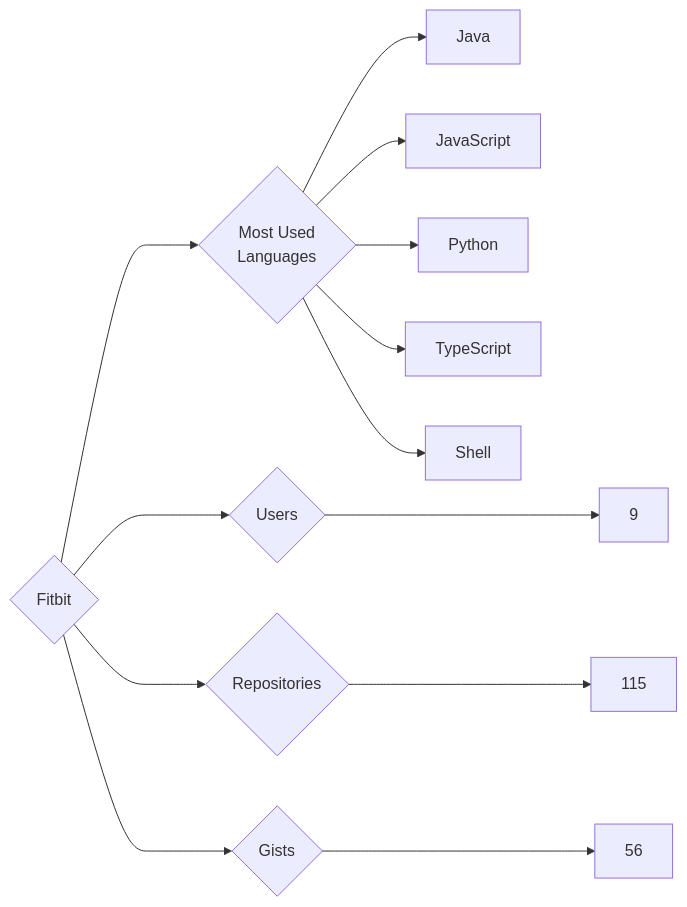
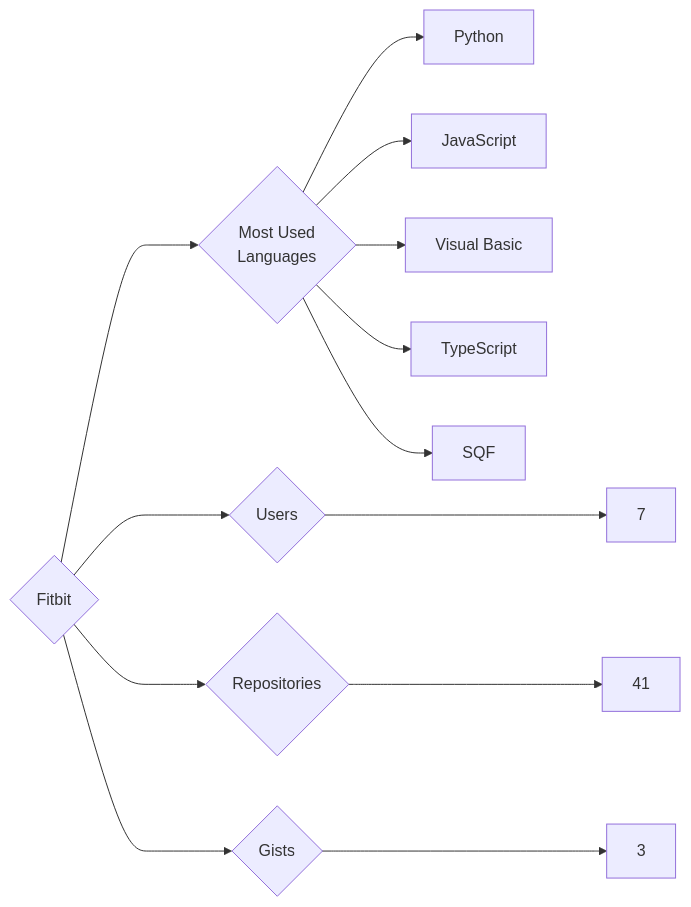
One commit to trickest/insiders changed the diagram in targets/Fitbit/README.md. Above: the diagram before and after it, drawn with Mermaid. The commit also changed 1092 other files, not shown here.

````diff
--- a/targets/Fitbit/README.md
+++ b/targets/Fitbit/README.md
@@ -3,13 +3,13 @@
 ```mermaid
 graph LR
 COMPANY_NAME{Fitbit}
-COMPANY_NAME ---> U{Users} ---> UN[9]
-COMPANY_NAME ---> R{Repositories} ---> RN[115]
-COMPANY_NAME ---> G{Gists} ---> GN[56]
+COMPANY_NAME ---> U{Users} ---> UN[7]
+COMPANY_NAME ---> R{Repositories} ---> RN[41]
+COMPANY_NAME ---> G{Gists} ---> GN[3]
 COMPANY_NAME ---> ML{Most Used<br>Languages}
-ML --> Java[Java]
+ML --> Python[Python]
 ML --> JavaScript[JavaScript]
-ML --> Python[Python]
+ML --> Visual_Basic[Visual Basic]
 ML --> TypeScript[TypeScript]
-ML --> Shell[Shell]
+ML --> SQF[SQF]
 ```
````
